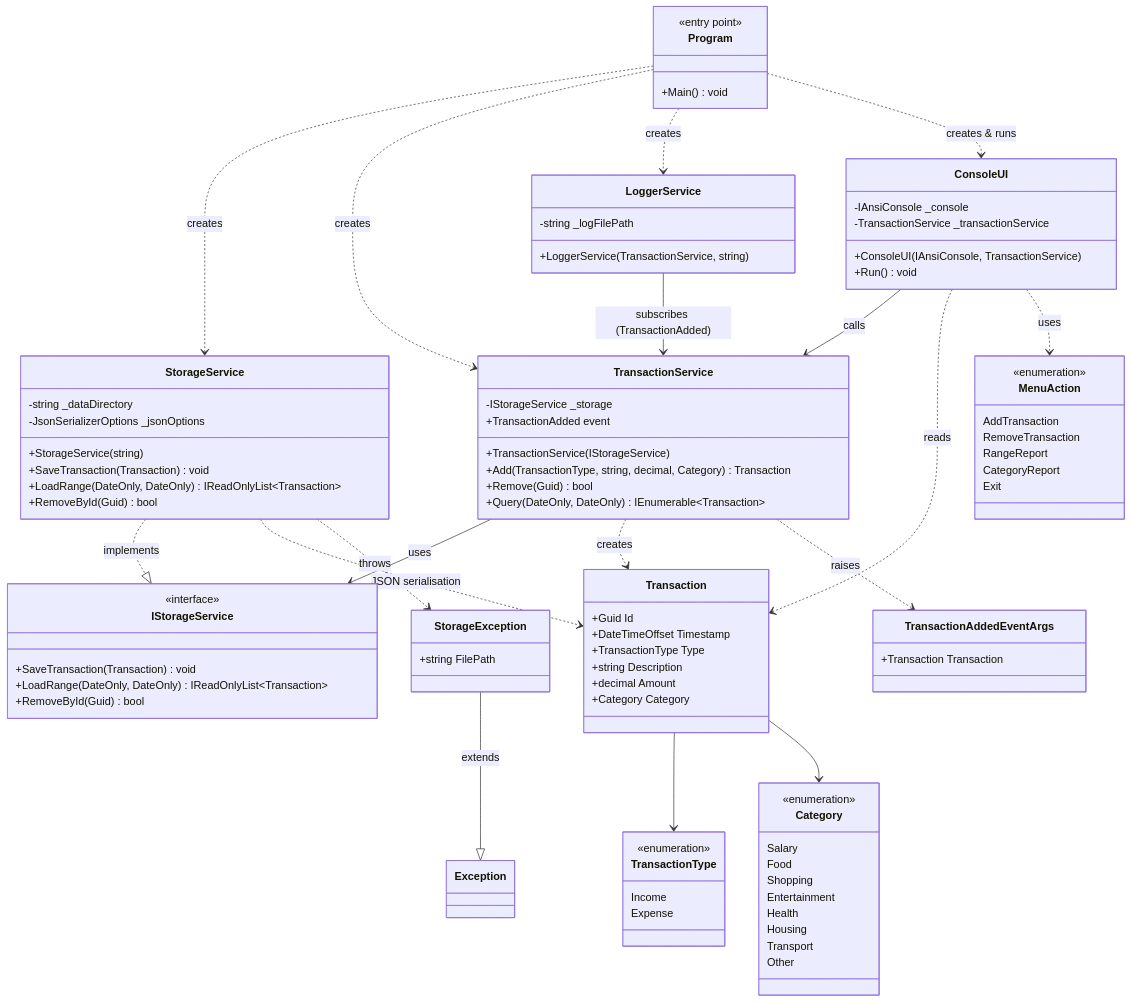
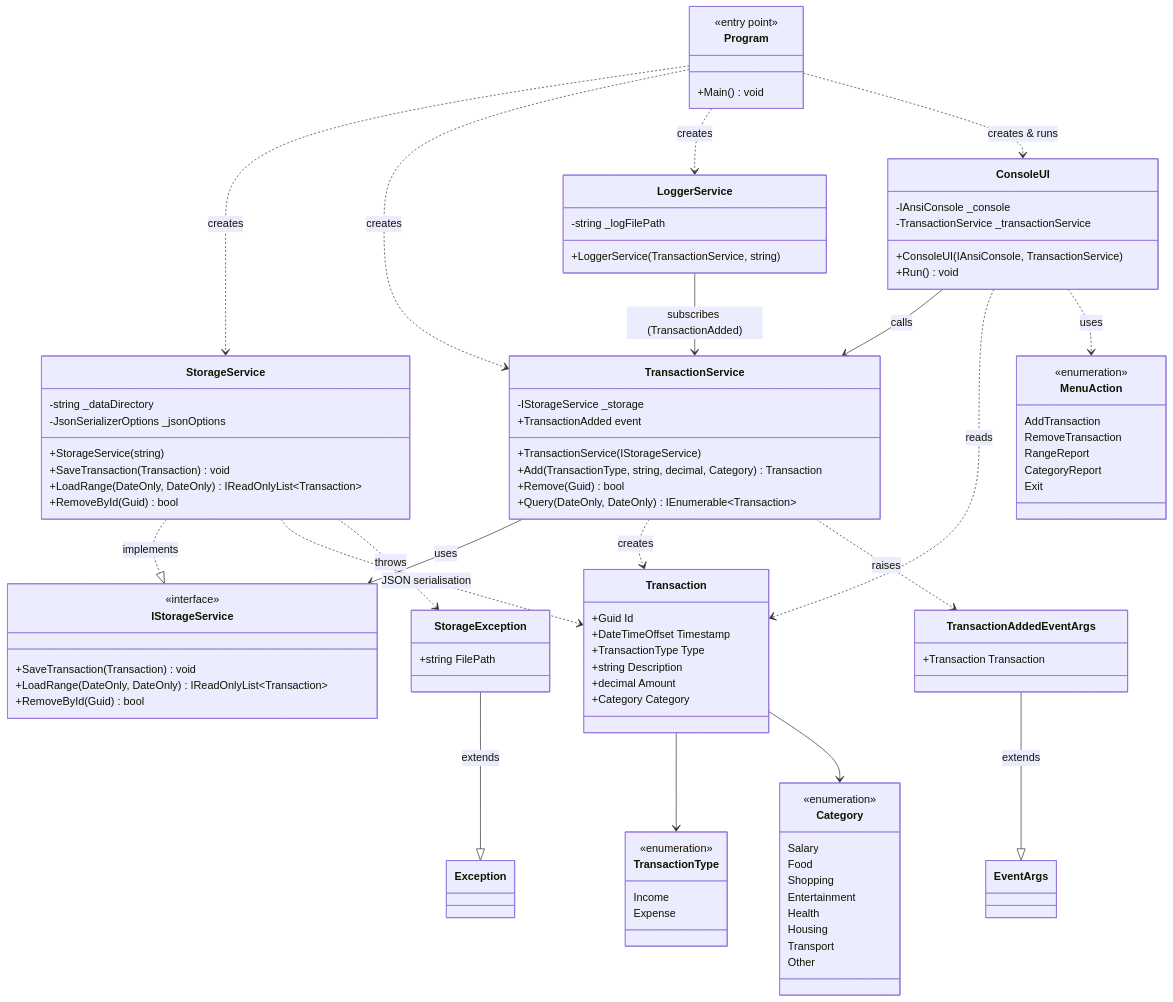
Before and after one commit to chr-d/BudgetTracker: the diagram in docs/class-diagram.mmd, drawn with Mermaid.

Commit message:
update class diagram

```diff
--- a/docs/class-diagram.mmd
+++ b/docs/class-diagram.mmd
@@ -1,107 +1,108 @@
 classDiagram
 
     class TransactionType {
         <<enumeration>>
         Income
         Expense
     }
 
     class Category {
         <<enumeration>>
         Salary
         Food
         Shopping
         Entertainment
         Health
         Housing
         Transport
         Other
     }
 
     class Transaction {
         +Guid Id
         +DateTimeOffset Timestamp
         +TransactionType Type
         +string Description
         +decimal Amount
         +Category Category
     }
 
     class TransactionAddedEventArgs {
         +Transaction Transaction
     }
 
     class IStorageService {
         <<interface>>
         +SaveTransaction(Transaction) void
         +LoadRange(DateOnly, DateOnly) IReadOnlyList~Transaction~
         +RemoveById(Guid) bool
     }
 
     class StorageException {
         +string FilePath
     }
 
     class StorageService {
         -string _dataDirectory
         -JsonSerializerOptions _jsonOptions
         +StorageService(string)
         +SaveTransaction(Transaction) void
         +LoadRange(DateOnly, DateOnly) IReadOnlyList~Transaction~
         +RemoveById(Guid) bool
     }
 
     class TransactionService {
         -IStorageService _storage
         +TransactionAdded event
         +TransactionService(IStorageService)
         +Add(TransactionType, string, decimal, Category) Transaction
         +Remove(Guid) bool
         +Query(DateOnly, DateOnly) IEnumerable~Transaction~
     }
 
     class LoggerService {
         -string _logFilePath
         +LoggerService(TransactionService, string)
     }
 
     class MenuAction {
         <<enumeration>>
         AddTransaction
         RemoveTransaction
         RangeReport
         CategoryReport
         Exit
     }
 
     class ConsoleUI {
         -IAnsiConsole _console
         -TransactionService _transactionService
         +ConsoleUI(IAnsiConsole, TransactionService)
         +Run() void
     }
 
     class Program {
         <<entry point>>
         +Main() void
     }
 
     Program ..> StorageService : creates
     Program ..> TransactionService : creates
     Program ..> LoggerService : creates
     Program ..> ConsoleUI : creates & runs
 
     StorageService ..|> IStorageService : implements
     StorageException --|> Exception : extends
     TransactionService --> IStorageService : uses
     TransactionService ..> Transaction : creates
     TransactionService ..> TransactionAddedEventArgs : raises
+    TransactionAddedEventArgs --|> EventArgs : extends
     LoggerService --> TransactionService : subscribes (TransactionAdded)
     StorageService ..> Transaction : JSON serialisation
     StorageService ..> StorageException : throws
     Transaction --> TransactionType
     Transaction --> Category
 
     ConsoleUI --> TransactionService : calls
     ConsoleUI ..> Transaction : reads
     ConsoleUI ..> MenuAction : uses
```
